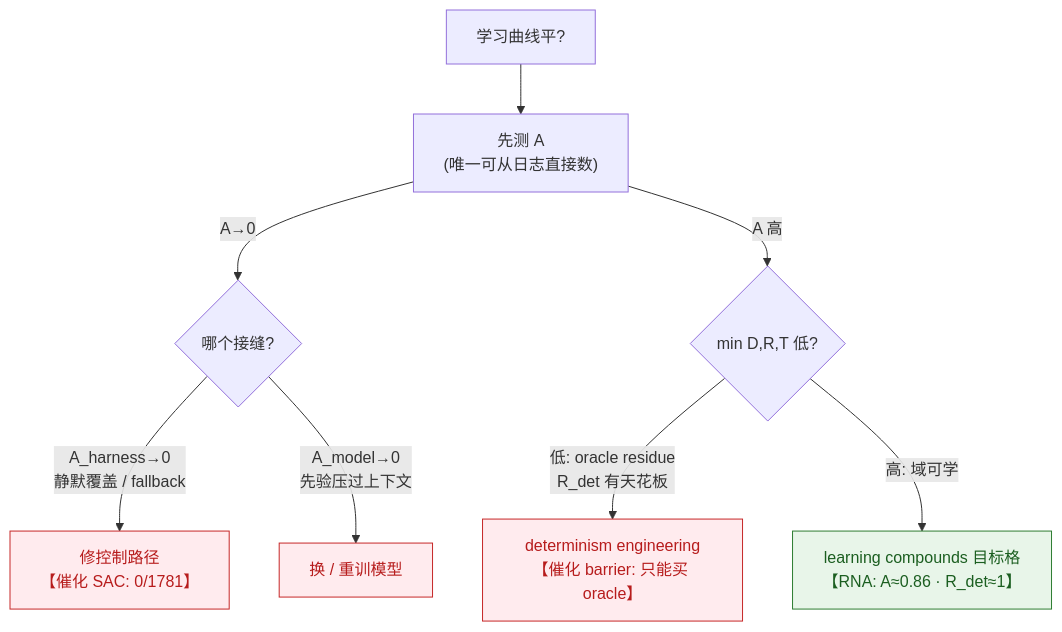
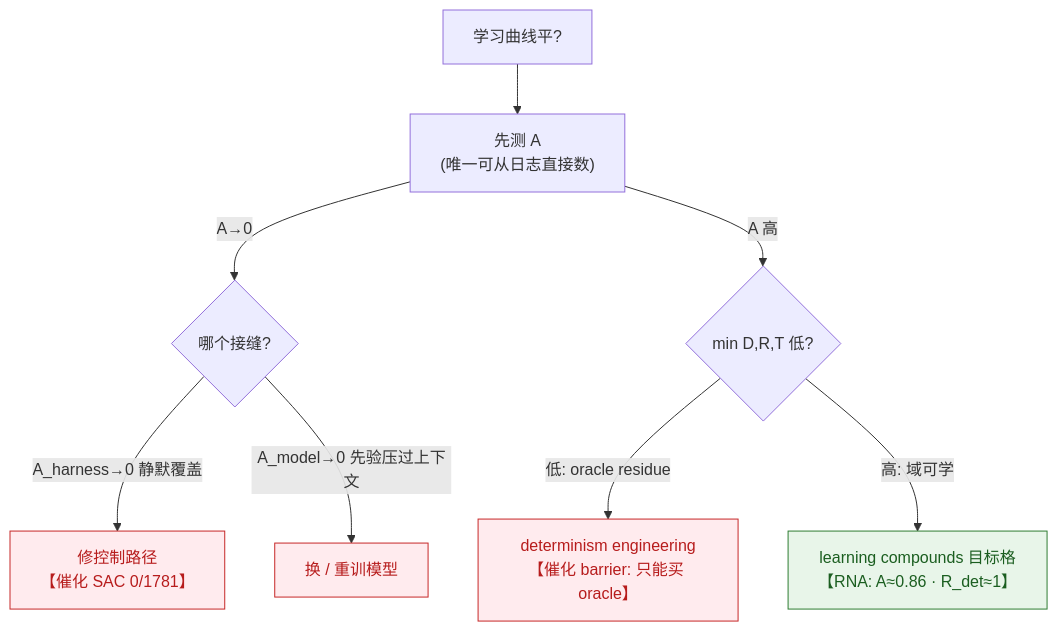
One commit to wenhui-ml/AI4RNA changed the third of 3 diagrams in docs/TECH_REPORT.md. Above: the diagram before and after it, drawn with Mermaid. The commit also changed other lines of this file, not shown here.

````diff
--- a/docs/TECH_REPORT.md
+++ b/docs/TECH_REPORT.md
@@ -250,15 +118,14 @@
 ```mermaid
 flowchart TD
     F["学习曲线平?"] --> MA["先测 A<br/>(唯一可从日志直接数)"]
     MA -->|"A→0"| SEAM{"哪个接缝?"}
-    SEAM -->|"A_harness→0<br/>静默覆盖 / fallback"| H["修控制路径<br/>【催化 SAC: 0/1781】"]
-    SEAM -->|"A_model→0<br/>先验压过上下文"| M["换 / 重训模型"]
+    SEAM -->|"A_harness→0 静默覆盖"| H["修控制路径<br/>【催化 SAC 0/1781】"]
+    SEAM -->|"A_model→0 先验压过上下文"| MM["换 / 重训模型"]
     MA -->|"A 高"| DOM{"min D,R,T 低?"}
-    DOM -->|"低: oracle residue<br/>R_det 有天花板"| DE["determinism engineering<br/>【催化 barrier: 只能买 oracle】"]
+    DOM -->|"低: oracle residue"| DE["determinism engineering<br/>【催化 barrier: 只能买 oracle】"]
     DOM -->|"高: 域可学"| GOAL["learning compounds 目标格<br/>【RNA: A≈0.86 · R_det≈1】"]
-
     classDef good fill:#e8f5e9,stroke:#2e7d32,color:#1b5e20;
     classDef bad fill:#ffebee,stroke:#c62828,color:#b71c1c;
     class GOAL good;
-    class H,M,DE bad;
+    class H,MM,DE bad;
 ```
````
